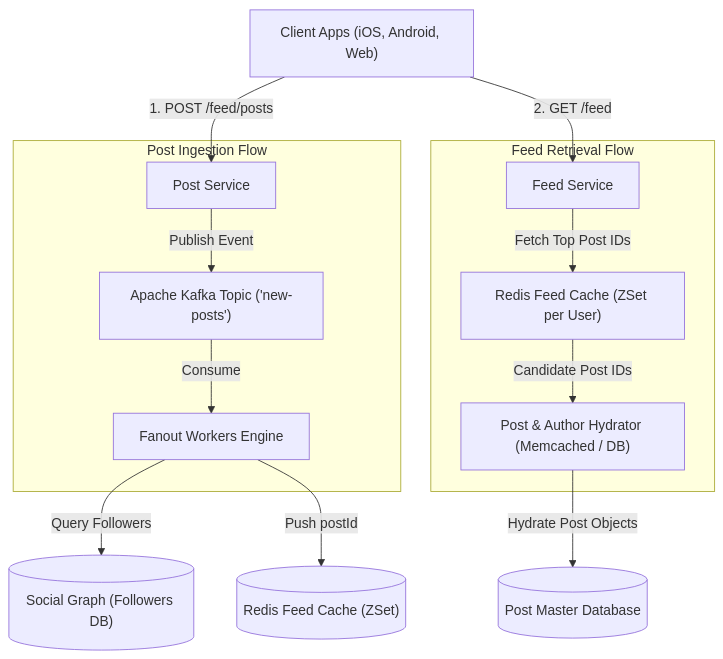
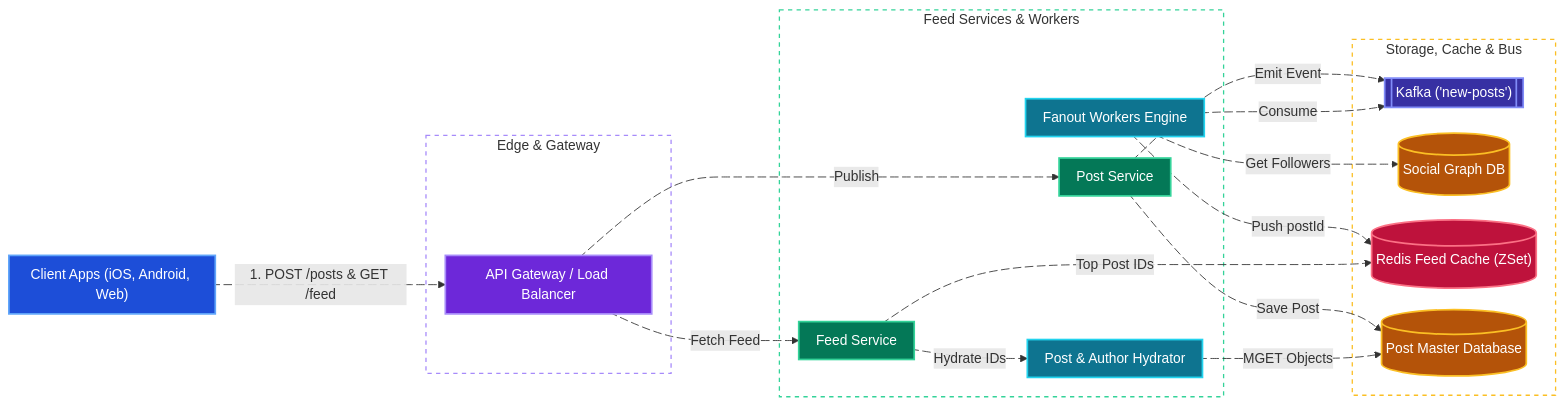
Before and after one commit to tarunbatta/tech-interview-prep: the first of 4 diagrams in system-design/news-feed.md, drawn with Mermaid. The commit also changed other lines of this file and 30 other files, not shown here.

First line of the commit message:
docs(system-design): convert Mermaid flowcharts to LR with colors and animated edges

````diff
--- a/system-design/news-feed.md
+++ b/system-design/news-feed.md
@@ -61,26 +61,63 @@
 ```mermaid
-flowchart TD
+%%{init: {'flowchart': {'nodeSpacing': 25, 'rankSpacing': 45, 'padding': 10}}}%%
+flowchart LR
     Client["Client Apps (iOS, Android, Web)"]
-    subgraph PostIngestFlow["Post Ingestion Flow"]
+    subgraph EdgeTier["Edge & Gateway"]
+        GW["API Gateway / Load Balancer"]
+    end
+    subgraph CoreServices["Feed Services & Workers"]
         PostSvc["Post Service"]
-        Kafka["Apache Kafka Topic ('new-posts')"]
+        FeedSvc["Feed Service"]
         Fanout["Fanout Workers Engine"]
-        PostSvc -->|"Publish Event"| Kafka
-        Kafka -->|"Consume"| Fanout
+        Hydrator["Post & Author Hydrator"]
     end
-    subgraph FeedRetrievalFlow["Feed Retrieval Flow"]
-        FeedSvc["Feed Service"]
-        RedisRead["Redis Feed Cache (ZSet per User)"]
-        Hydrator["Post & Author Hydrator (Memcached / DB)"]
-        FeedSvc -->|"Fetch Top Post IDs"| RedisRead
-        RedisRead -->|"Candidate Post IDs"| Hydrator
+    subgraph DataLayer["Storage, Cache & Bus"]
+        Kafka[["Kafka ('new-posts')"]]
+        SocialGraph[("Social Graph DB")]
+        RedisCache[("Redis Feed Cache (ZSet)")]
+        PostDB[("Post Master Database")]
     end
-    SocialGraph[("Social Graph (Followers DB)")]
-    RedisCache[("Redis Feed Cache (ZSet)")]
-    PostDB[("Post Master Database")]
-    Client -->|"1. POST /feed/posts"| PostSvc
-    Client -->|"2. GET /feed"| FeedSvc
-    Fanout -->|"Query Followers"| SocialGraph
-    Fanout -->|"Push postId"| RedisCache
-    Hydrator -->|"Hydrate Post Objects"| PostDB
+    Client e1@-->|"1. POST /posts & GET /feed"| GW
+    GW e2@-->|"Publish"| PostSvc
+    GW e3@-->|"Fetch Feed"| FeedSvc
+    PostSvc e4@-->|"Emit Event"| Kafka
+    PostSvc e5@-->|"Save Post"| PostDB
+    Fanout e6@-->|"Consume"| Kafka
+    Fanout e7@-->|"Get Followers"| SocialGraph
+    Fanout e8@-->|"Push postId"| RedisCache
+    FeedSvc e9@-->|"Top Post IDs"| RedisCache
+    FeedSvc e10@-->|"Hydrate IDs"| Hydrator
+    Hydrator e11@-->|"MGET Objects"| PostDB
+
+    e1@{ animate: true }
+    e2@{ animate: true }
+    e3@{ animate: true }
+    e4@{ animate: true }
+    e5@{ animate: true }
+    e6@{ animate: true }
+    e7@{ animate: true }
+    e8@{ animate: true }
+    e9@{ animate: true }
+    e10@{ animate: true }
+    e11@{ animate: true }
+
+    classDef client fill:#1d4ed8,stroke:#60a5fa,stroke-width:2px,color:#ffffff
+    classDef edge fill:#6d28d9,stroke:#a78bfa,stroke-width:2px,color:#ffffff
+    classDef service fill:#047857,stroke:#34d399,stroke-width:2px,color:#ffffff
+    classDef worker fill:#0e7490,stroke:#22d3ee,stroke-width:2px,color:#ffffff
+    classDef cache fill:#be123c,stroke:#fb7185,stroke-width:2px,color:#ffffff
+    classDef storage fill:#b45309,stroke:#fbbf24,stroke-width:2px,color:#ffffff
+    classDef queue fill:#3730a3,stroke:#818cf8,stroke-width:2px,color:#ffffff
+
+    class Client client
+    class GW edge
+    class PostSvc,FeedSvc service
+    class Fanout,Hydrator worker
+    class RedisCache cache
+    class SocialGraph,PostDB storage
+    class Kafka queue
+
+    style EdgeTier fill:transparent,stroke:#a78bfa,stroke-width:1.5px,stroke-dasharray: 5 5
+    style CoreServices fill:transparent,stroke:#34d399,stroke-width:1.5px,stroke-dasharray: 5 5
+    style DataLayer fill:transparent,stroke:#fbbf24,stroke-width:1.5px,stroke-dasharray: 5 5
 ```
````
